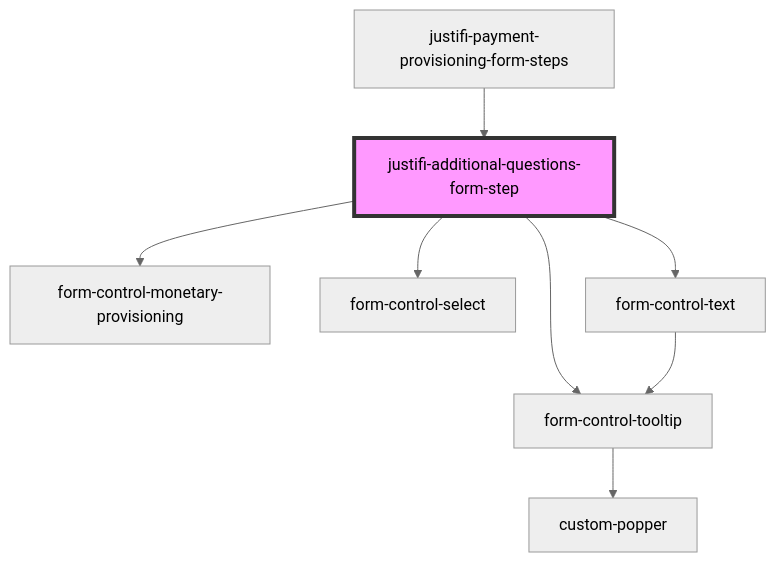
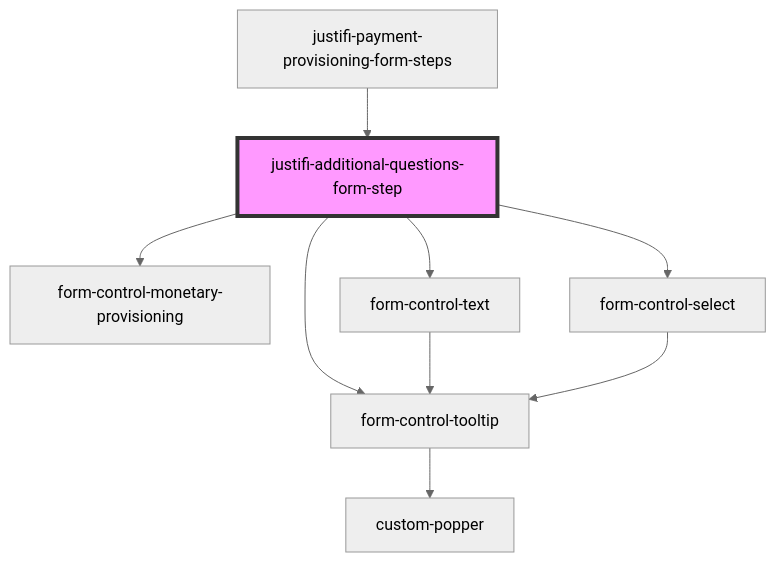
One commit to justifi-tech/web-component-library changed the diagram in packages/webcomponents/src/components/business-forms/payment-provisioning/additional-questions/readme.md. Above: the diagram before and after it, drawn with Mermaid (neutral theme). The commit also changed 1 other file, not shown here.

Commit message:
Run build

````diff
--- a/packages/webcomponents/src/components/business-forms/payment-provisioning/additional-questions/readme.md
+++ b/packages/webcomponents/src/components/business-forms/payment-provisioning/additional-questions/readme.md
@@ -59,11 +59,12 @@
 ```mermaid
 graph TD;
   justifi-additional-questions-form-step --> form-control-tooltip
   justifi-additional-questions-form-step --> form-control-monetary-provisioning
+  justifi-additional-questions-form-step --> form-control-text
   justifi-additional-questions-form-step --> form-control-select
-  justifi-additional-questions-form-step --> form-control-text
   form-control-tooltip --> custom-popper
   form-control-text --> form-control-tooltip
+  form-control-select --> form-control-tooltip
   justifi-payment-provisioning-form-steps --> justifi-additional-questions-form-step
   style justifi-additional-questions-form-step fill:#f9f,stroke:#333,stroke-width:4px
 ```
````
